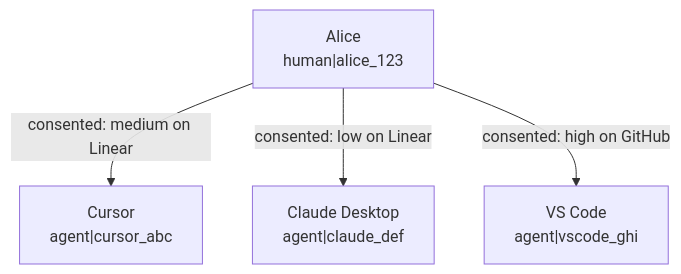
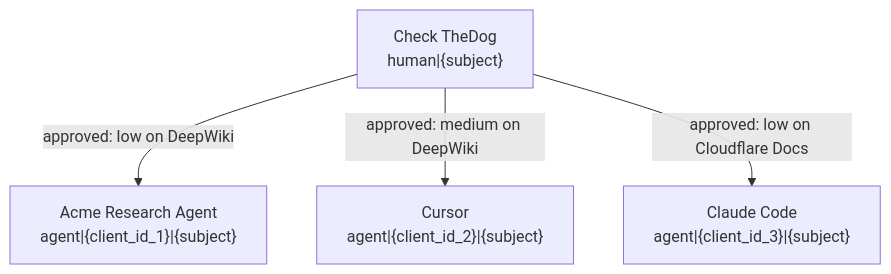
Before and after one commit to permitio/docs: the first of 3 diagrams in docs/permit-mcp-gateway/managing-humans-and-agents.mdx, drawn with Mermaid. The commit also changed other lines of this file and 126 other files, not shown here.

````diff
--- a/docs/permit-mcp-gateway/managing-humans-and-agents.mdx
+++ b/docs/permit-mcp-gateway/managing-humans-and-agents.mdx
@@ -36,12 +42,12 @@
 ```mermaid
 flowchart TD
-    Human["Alice<br/>human|alice_123"]
+    Human["Check TheDog<br/>human|{subject}"]
 
-    Agent1["Cursor<br/>agent|cursor_abc"]
-    Agent2["Claude Desktop<br/>agent|claude_def"]
-    Agent3["VS Code<br/>agent|vscode_ghi"]
+    Agent1["Acme Research Agent<br/>agent|{client_id_1}|{subject}"]
+    Agent2["Cursor<br/>agent|{client_id_2}|{subject}"]
+    Agent3["Claude Code<br/>agent|{client_id_3}|{subject}"]
 
-    Human -->|"consented: medium on Linear"| Agent1
-    Human -->|"consented: low on Linear"| Agent2
-    Human -->|"consented: high on GitHub"| Agent3
+    Human -->|"approved: low on DeepWiki"| Agent1
+    Human -->|"approved: medium on DeepWiki"| Agent2
+    Human -->|"approved: low on Cloudflare Docs"| Agent3
 ```
````
